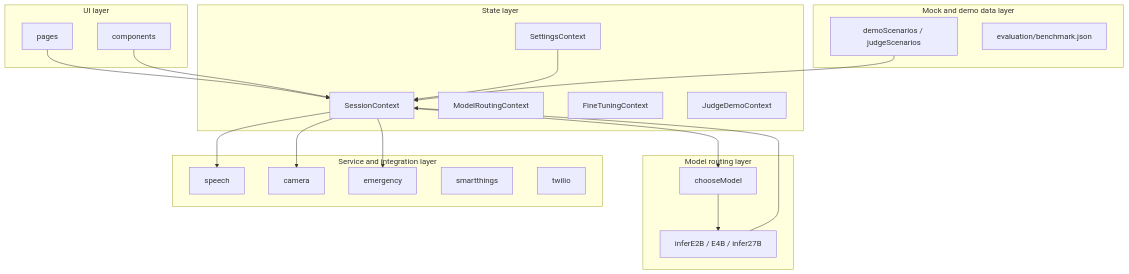
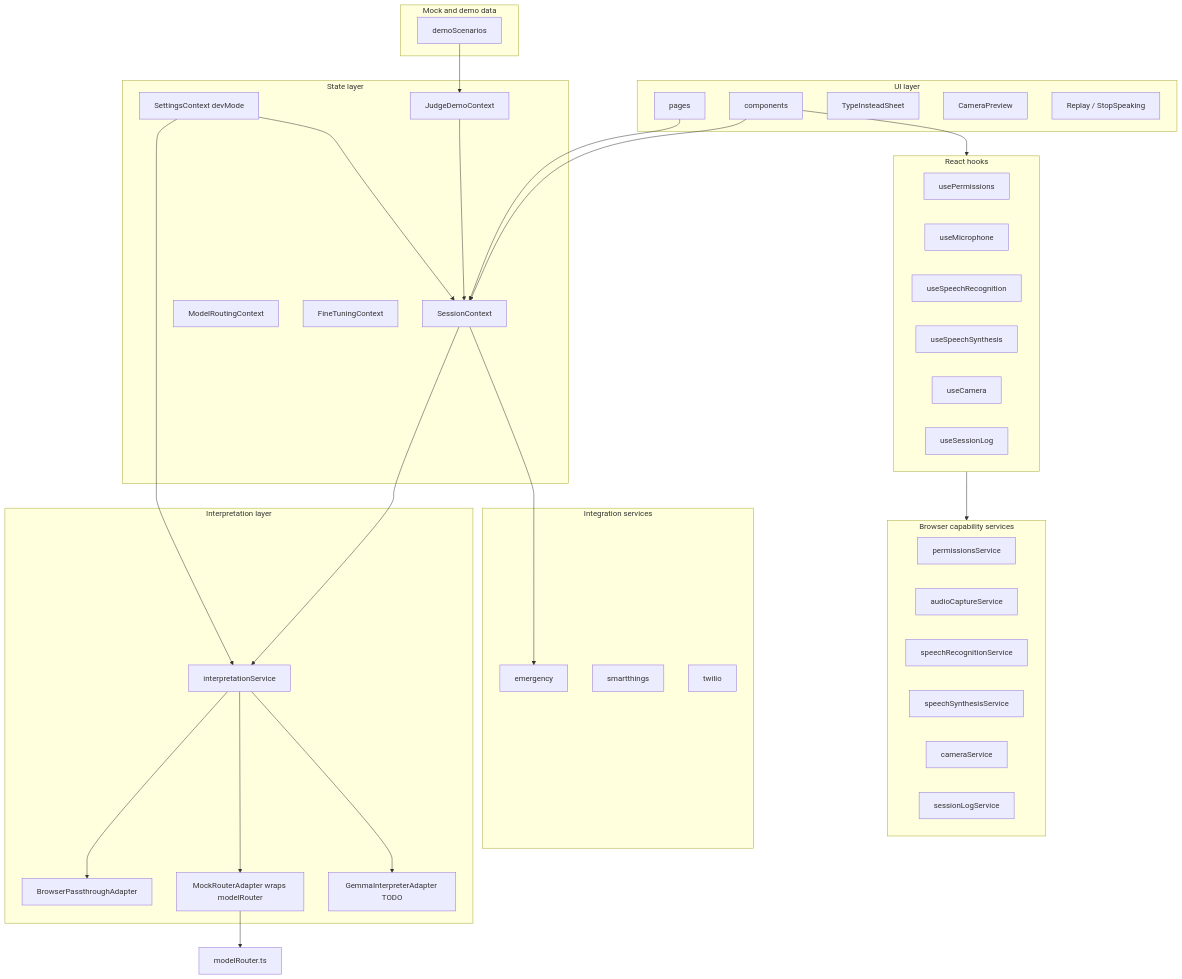
Before and after one commit to Manoj7ar/Relay: the diagram in docs/ARCHITECTURE.md, drawn with Mermaid. The commit also changed other lines of this file and 34 other files, not shown here.

First line of the commit message:
feat: real browser capability layer + interpretation adapters

````diff
--- a/docs/ARCHITECTURE.md
+++ b/docs/ARCHITECTURE.md
@@ -7,39 +7,62 @@
 ```mermaid
 flowchart TB
   subgraph ui [UI layer]
     Pages[pages]
     Components[components]
+    TypeSheet[TypeInsteadSheet]
+    CamPreview[CameraPreview]
+    Replay[Replay / StopSpeaking]
+  end
+  subgraph hooks [React hooks]
+    usePerm[usePermissions]
+    useMic[useMicrophone]
+    useSTT[useSpeechRecognition]
+    useTTS[useSpeechSynthesis]
+    useCam[useCamera]
+    useLog[useSessionLog]
   end
   subgraph state [State layer]
     Session[SessionContext]
     RoutingCtx[ModelRoutingContext]
-    Settings[SettingsContext]
+    Settings[SettingsContext devMode]
     FineTune[FineTuningContext]
     JudgeDemo[JudgeDemoContext]
   end
-  subgraph routing [Model routing layer]
-    Choose[chooseModel]
-    Infer[inferE2B / E4B / infer27B]
+  subgraph interp [Interpretation layer]
+    ISvc[interpretationService]
+    PassAdapter[BrowserPassthroughAdapter]
+    MockAdapter[MockRouterAdapter wraps modelRouter]
+    GemmaAdapter[GemmaInterpreterAdapter TODO]
   end
-  subgraph services [Service and integration layer]
-    Speech[speech]
-    Camera[camera]
+  subgraph browser [Browser capability services]
+    PermSvc[permissionsService]
+    AudioSvc[audioCaptureService]
+    STTSvc[speechRecognitionService]
+    TTSSvc[speechSynthesisService]
+    CamSvc[cameraService]
+    LogSvc[sessionLogService]
+  end
+  subgraph services [Integration services]
     Emergency[emergency]
     ST[smartthings]
     Twilio[twilio]
   end
-  subgraph mocks [Mock and demo data layer]
-    DemoScenarios[demoScenarios / judgeScenarios]
-    Benchmark[evaluation/benchmark.json]
+  subgraph mocks [Mock and demo data]
+    DemoScenarios[demoScenarios]
   end
+
   Pages --> Session
   Components --> Session
-  Session --> Choose
-  Choose --> Infer
-  Infer --> Session
-  Session --> Speech
-  Session --> Camera
+  Components --> hooks
+  hooks --> browser
+  Session --> ISvc
+  ISvc --> PassAdapter
+  ISvc --> MockAdapter
+  ISvc --> GemmaAdapter
+  MockAdapter --> modelRouter[modelRouter.ts]
+  Settings --> ISvc
+  Settings --> Session
+  DemoScenarios --> JudgeDemo
+  JudgeDemo --> Session
   Session --> Emergency
-  Settings --> Session
-  DemoScenarios --> Session
 ```
````
